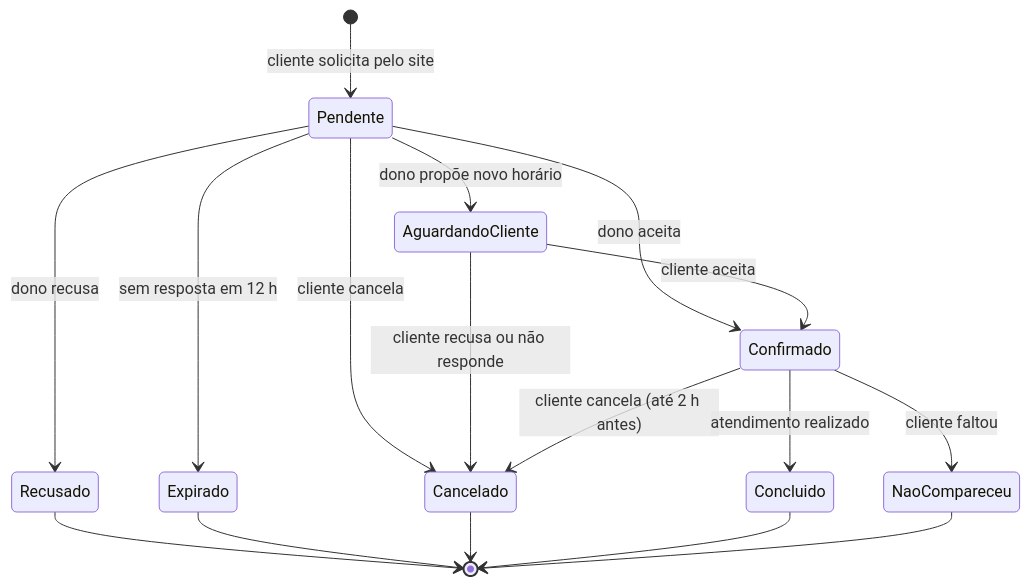
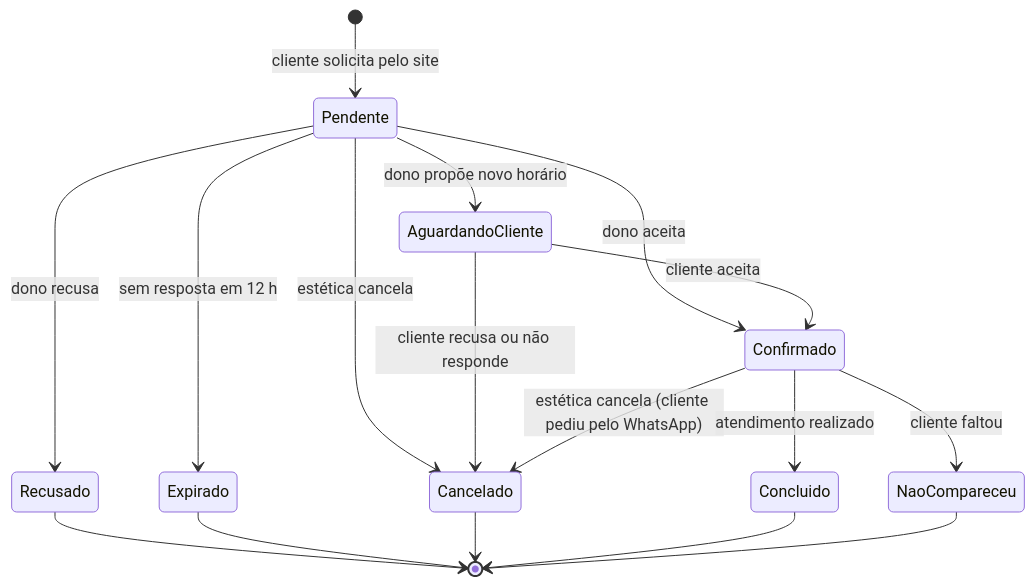
Before and after one commit to HumbertoGomes-hub/SmartAgenda: the diagram in README.md, drawn with Mermaid. The commit also changed other lines of this file and 22 other files, not shown here.

````diff
--- a/README.md
+++ b/README.md
@@ -74,19 +74,19 @@
 ```mermaid
 stateDiagram-v2
     [*] --> Pendente: cliente solicita pelo site
     Pendente --> Confirmado: dono aceita
     Pendente --> AguardandoCliente: dono propõe novo horário
     Pendente --> Recusado: dono recusa
     Pendente --> Expirado: sem resposta em 12 h
-    Pendente --> Cancelado: cliente cancela
+    Pendente --> Cancelado: estética cancela
     AguardandoCliente --> Confirmado: cliente aceita
     AguardandoCliente --> Cancelado: cliente recusa ou não responde
-    Confirmado --> Cancelado: cliente cancela (até 2 h antes)
+    Confirmado --> Cancelado: estética cancela (cliente pediu pelo WhatsApp)
     Confirmado --> Concluido: atendimento realizado
     Confirmado --> NaoCompareceu: cliente faltou
     Recusado --> [*]
     Expirado --> [*]
     Cancelado --> [*]
     Concluido --> [*]
     NaoCompareceu --> [*]
 ```
````
